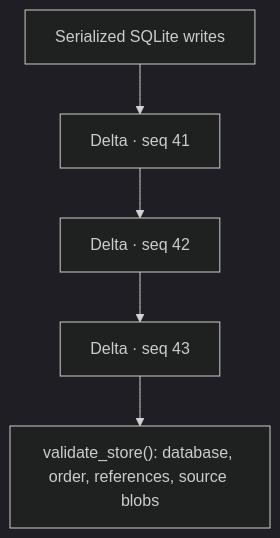
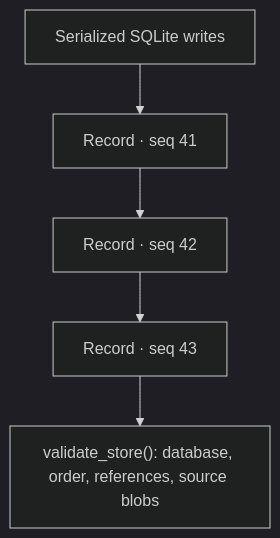
One commit to shanmukh05/trisynapse-memory changed the third of 13 diagrams in docs/architecture.md. Above: the diagram before and after it, drawn with Mermaid (dark theme). The commit also changed other lines of this file and 67 other files, not shown here.

````diff
--- a/docs/architecture.md
+++ b/docs/architecture.md
@@ -232,7 +253,7 @@
 ```mermaid
 flowchart TD
-    W["Serialized SQLite writes"] --> D1["Delta · seq 41"]
-    D1 --> D2["Delta · seq 42"]
-    D2 --> D3["Delta · seq 43"]
+    W["Serialized SQLite writes"] --> D1["Record · seq 41"]
+    D1 --> D2["Record · seq 42"]
+    D2 --> D3["Record · seq 43"]
     D3 --> V["validate_store(): database, order, references, source blobs"]
 ```
````
